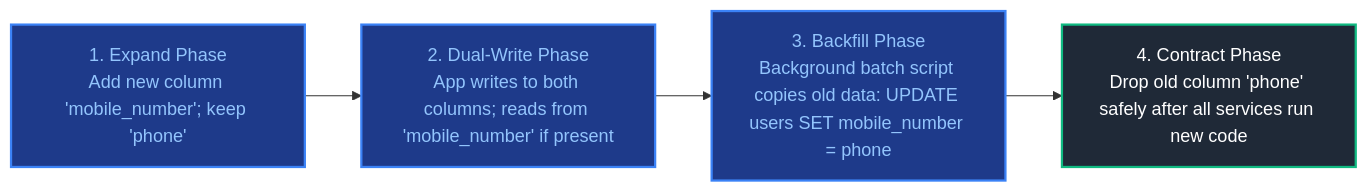
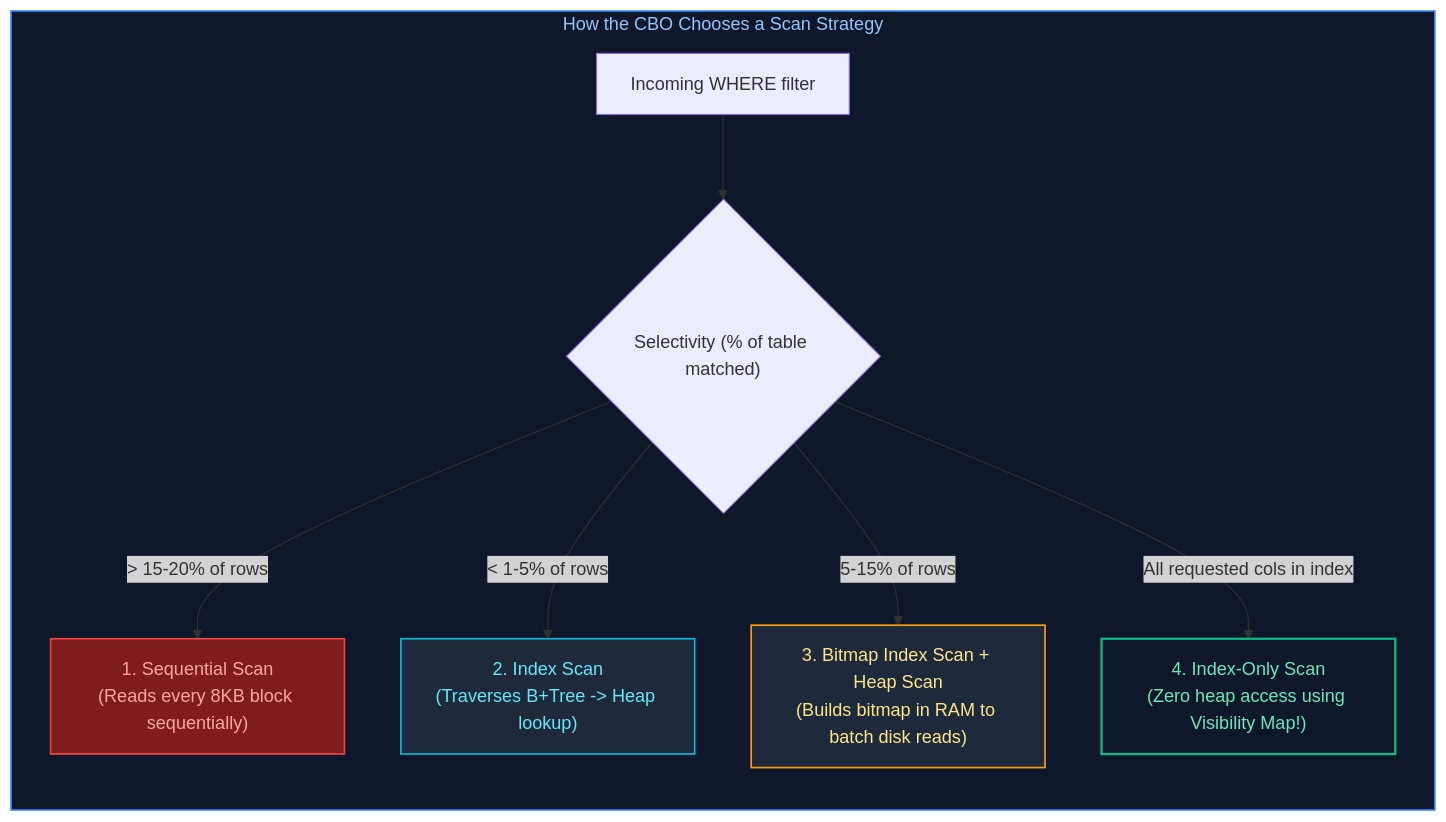
Before and after one commit to joydeep-biswas/Interview-Preparation: diagram 11 of 13 in Java Backend Engineering/09_relational_databases_and_sql.md, drawn with Mermaid. The commit also changed other lines of this file and 143 other files, not shown here.

````diff
--- a/Java Backend Engineering/09_relational_databases_and_sql.md
+++ b/Java Backend Engineering/09_relational_databases_and_sql.md
@@ -777,14 +910,17 @@
 ```mermaid
-flowchart LR
-    Step1["1. Expand Phase<br/>Add new column 'mobile_number'; keep 'phone'"]
-    Step2["2. Dual-Write Phase<br/>App writes to both columns; reads from 'mobile_number' if present"]
-    Step3["3. Backfill Phase<br/>Background batch script copies old data: UPDATE users SET mobile_number = phone"]
-    Step4["4. Contract Phase<br/>Drop old column 'phone' safely after all services run new code"]
+flowchart TD
+    subgraph ScanDecisions ["How the CBO Chooses a Scan Strategy"]
+        direction TB
+        Q["Incoming WHERE filter"] --> Selectivity{"Selectivity (% of table matched)"}
+        Selectivity -->|"> 15-20% of rows"| SeqScan["1. Sequential Scan<br/>(Reads every 8KB block sequentially)"]
+        Selectivity -->|"< 1-5% of rows"| IndexScan["2. Index Scan<br/>(Traverses B+Tree -> Heap lookup)"]
+        Selectivity -->|"5-15% of rows"| BitmapScan["3. Bitmap Index Scan + Heap Scan<br/>(Builds bitmap in RAM to batch disk reads)"]
+        Selectivity -->|"All requested cols in index"| IndexOnly["4. Index-Only Scan<br/>(Zero heap access using Visibility Map!)"]
+    end
 
-    Step1 --> Step2 --> Step3 --> Step4
-
-    style Step1 fill:#1e3a8a,stroke:#3b82f6,stroke-width:2px,color:#93c5fd
-    style Step2 fill:#1e3a8a,stroke:#3b82f6,stroke-width:2px,color:#93c5fd
-    style Step3 fill:#1e3a8a,stroke:#3b82f6,stroke-width:2px,color:#93c5fd
-    style Step4 fill:#1f2937,stroke:#10b981,stroke-width:2px,color:#fff
+    style ScanDecisions fill:#0f172a,stroke:#3b82f6,stroke-width:1.5px,color:#93c5fd
+    style SeqScan fill:#7f1d1d,stroke:#ef4444,stroke-width:1.5px,color:#fca5a5
+    style IndexScan fill:#1e293b,stroke:#06b6d4,stroke-width:1.5px,color:#67e8f9
+    style BitmapScan fill:#1e293b,stroke:#f59e0b,stroke-width:1.5px,color:#fde68a
+    style IndexOnly fill:#0f172a,stroke:#10b981,stroke-width:2px,color:#6ee7b7
 ```
````
